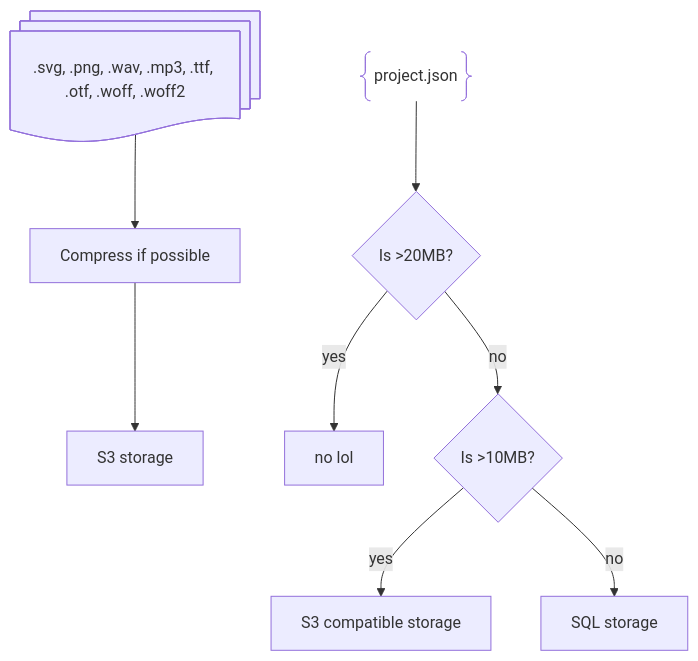
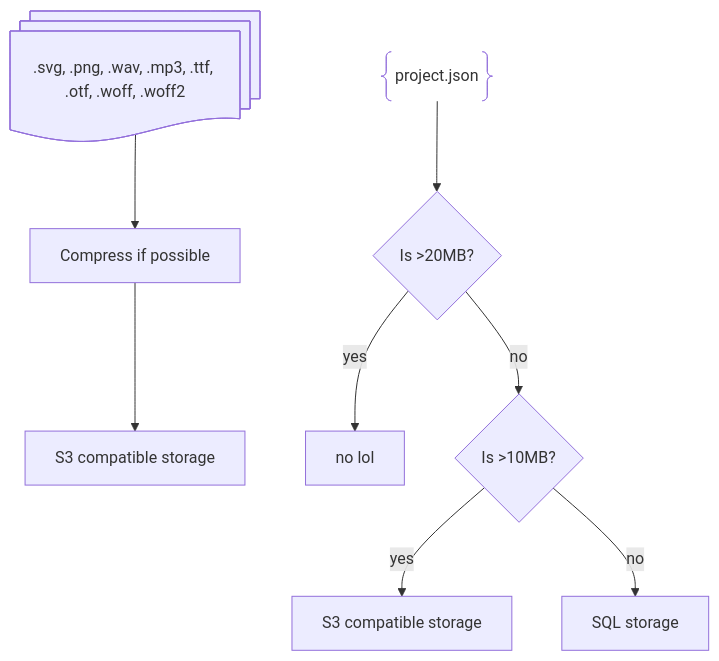
The diagram in README.md (amp-mod/aw3), drawn with Mermaid before and after one commit.

Commit message:
docs: clarify here too (didn't notice it)

````diff
--- a/README.md
+++ b/README.md
@@ -57,15 +57,15 @@
 ```mermaid
 flowchart TB
     n2[".svg, .png, .wav, .mp3, .ttf, .otf, .woff, .woff2"] --> n5["Compress if possible"]
     n1["project.json"] --> n6["Is &gt;20MB?"]
-    n5 --> n7["S3 storage"]
+    n5 --> n7["S3 compatible storage"]
     n6 -- yes --> n8["no lol"]
     n6 -- no --> n10["Is &gt;10MB?"]
     n10 -- yes --> n11["S3 compatible storage"]
     n10 -- no --> n12["SQL storage"]
 
     n2@{ shape: docs}
     n1@{ shape: braces}
     n6@{ shape: diam}
     n10@{ shape: diam}
 ```
````
